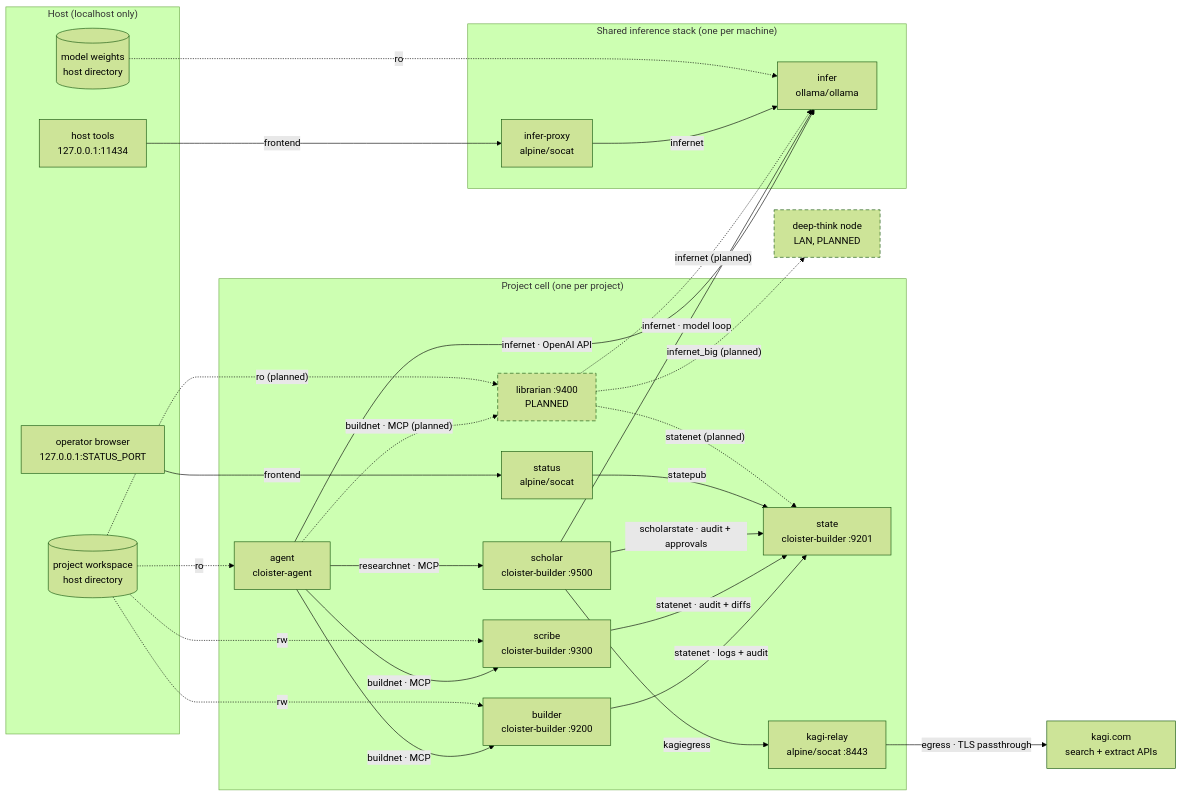
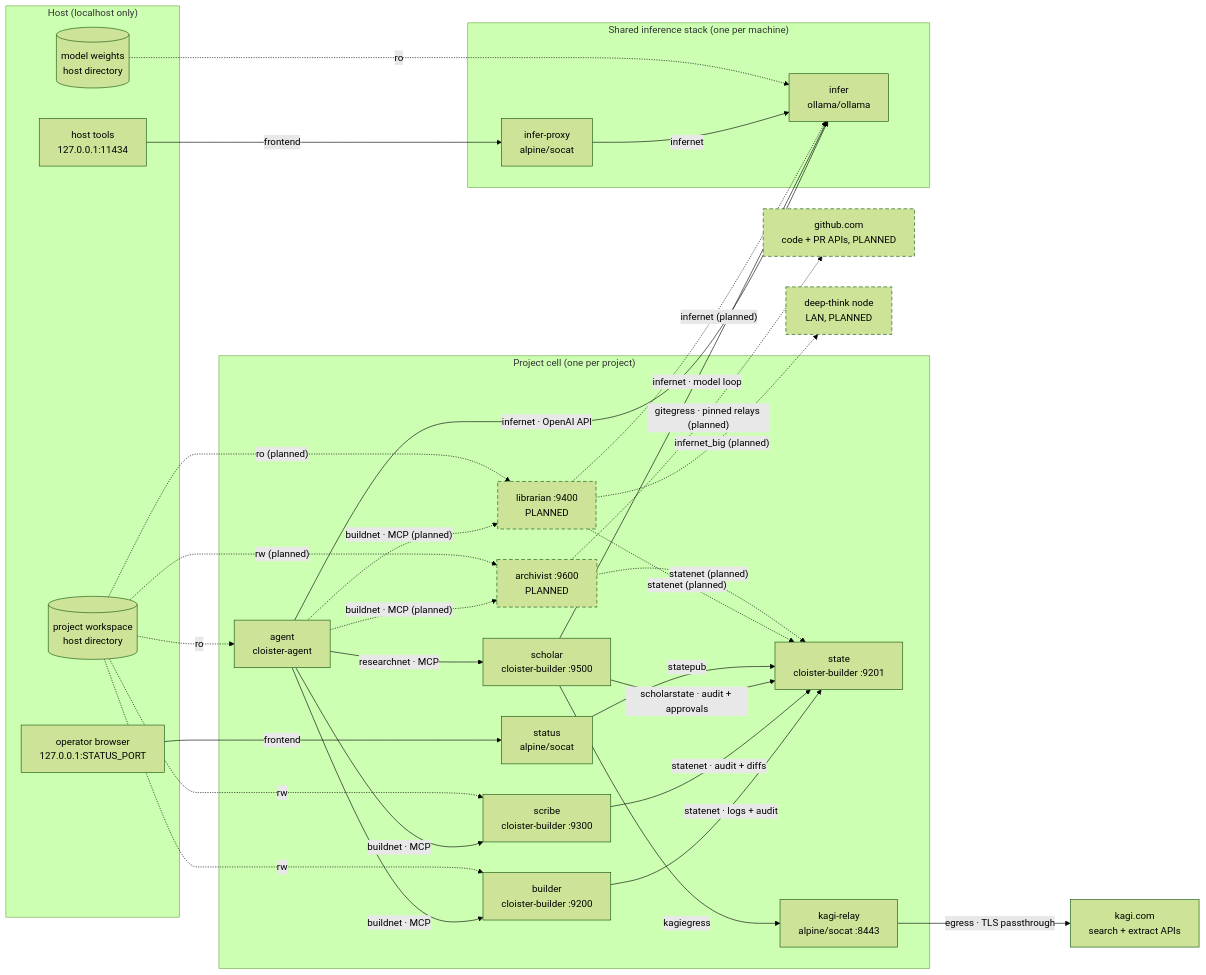
One commit to jeffbstewart/cloister changed the diagram in docs/ARCHITECTURE.md. Above: the diagram before and after it, drawn with Mermaid (forest theme). The commit also changed other lines of this file and 2 other files, not shown here.

````diff
--- a/docs/ARCHITECTURE.md
+++ b/docs/ARCHITECTURE.md
@@ -17,57 +17,63 @@
 ```mermaid
 flowchart LR
   subgraph host["Host (localhost only)"]
     op["operator browser<br/>127.0.0.1:STATUS_PORT"]
     dbg["host tools<br/>127.0.0.1:11434"]
     ws[("project workspace<br/>host directory")]
     models[("model weights<br/>host directory")]
   end
 
   subgraph cell["Project cell (one per project)"]
     agent["agent<br/>cloister-agent"]
     builder["builder<br/>cloister-builder :9200"]
     scribe["scribe<br/>cloister-builder :9300"]
     scholar["scholar<br/>cloister-builder :9500"]
     state["state<br/>cloister-builder :9201"]
     status["status<br/>alpine/socat"]
     krelay["kagi-relay<br/>alpine/socat :8443"]
     librarian["librarian :9400<br/>PLANNED"]
+    archivist["archivist :9600<br/>PLANNED"]
   end
 
   subgraph infra["Shared inference stack (one per machine)"]
     infer["infer<br/>ollama/ollama"]
     iproxy["infer-proxy<br/>alpine/socat"]
   end
 
   kagi["kagi.com<br/>search + extract APIs"]
+  gh["github.com<br/>code + PR APIs, PLANNED"]
   mac["deep-think node<br/>LAN, PLANNED"]
 
   agent -- "buildnet · MCP" --> builder
   agent -- "buildnet · MCP" --> scribe
   agent -- "researchnet · MCP" --> scholar
   agent -- "infernet · OpenAI API" --> infer
   scholar -- "infernet · model loop" --> infer
   builder -- "statenet · logs + audit" --> state
   scribe -- "statenet · audit + diffs" --> state
   scholar -- "scholarstate · audit + approvals" --> state
   scholar -- "kagiegress" --> krelay
   krelay -- "egress · TLS passthrough" --> kagi
   op -- "frontend" --> status
   status -- "statepub" --> state
   dbg -- "frontend" --> iproxy
   iproxy -- "infernet" --> infer
 
   ws -. "ro" .-> agent
   ws -. "rw" .-> builder
   ws -. "rw" .-> scribe
   models -. "ro" .-> infer
 
   agent -. "buildnet · MCP (planned)" .-> librarian
   ws -. "ro (planned)" .-> librarian
   librarian -. "infernet (planned)" .-> infer
   librarian -. "statenet (planned)" .-> state
   librarian -. "infernet_big (planned)" .-> mac
+  agent -. "buildnet · MCP (planned)" .-> archivist
+  ws -. "rw (planned)" .-> archivist
+  archivist -. "statenet (planned)" .-> state
+  archivist -. "gitegress · pinned relays (planned)" .-> gh
 
   classDef planned stroke-dasharray: 6 4;
-  class librarian,mac planned
+  class librarian,archivist,gh,mac planned
 ```
````
